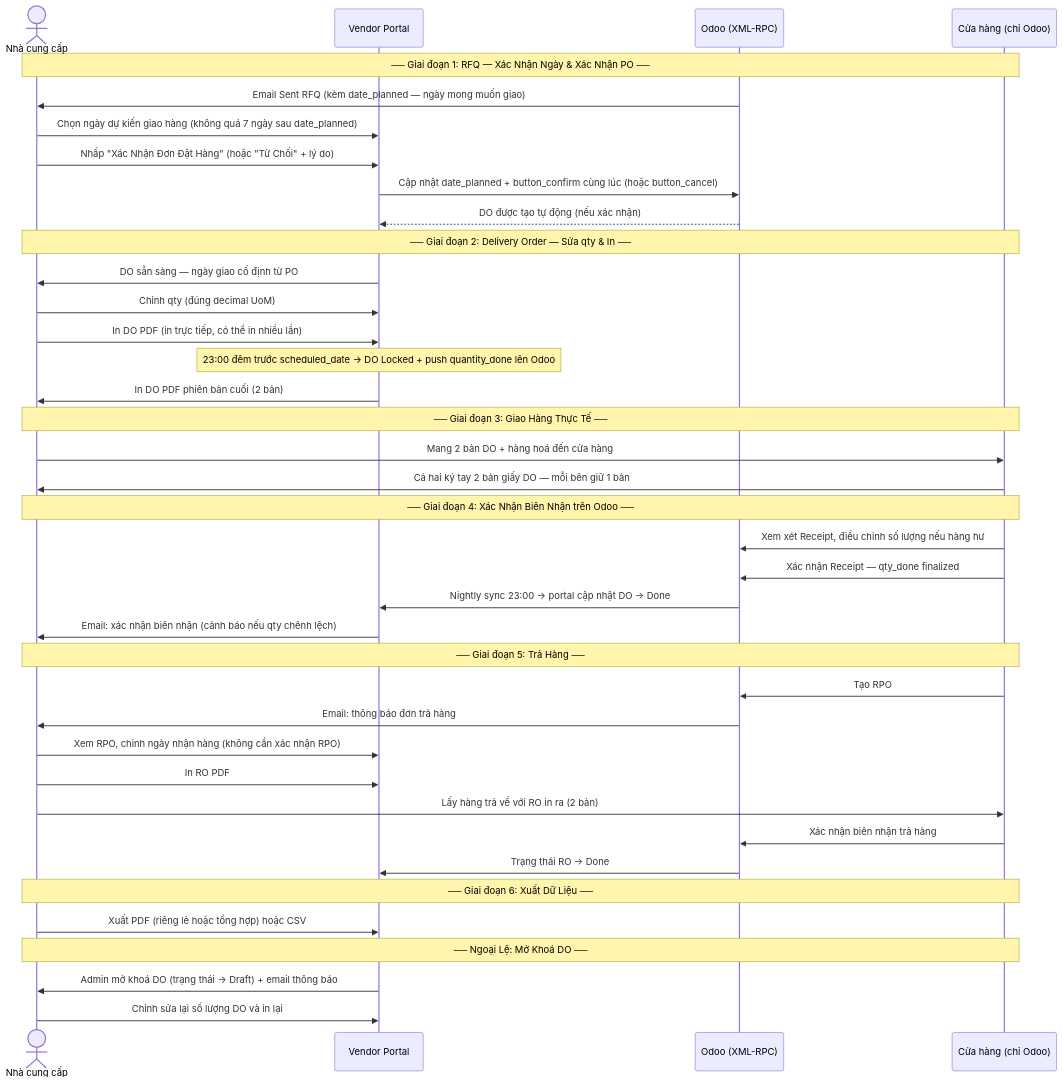
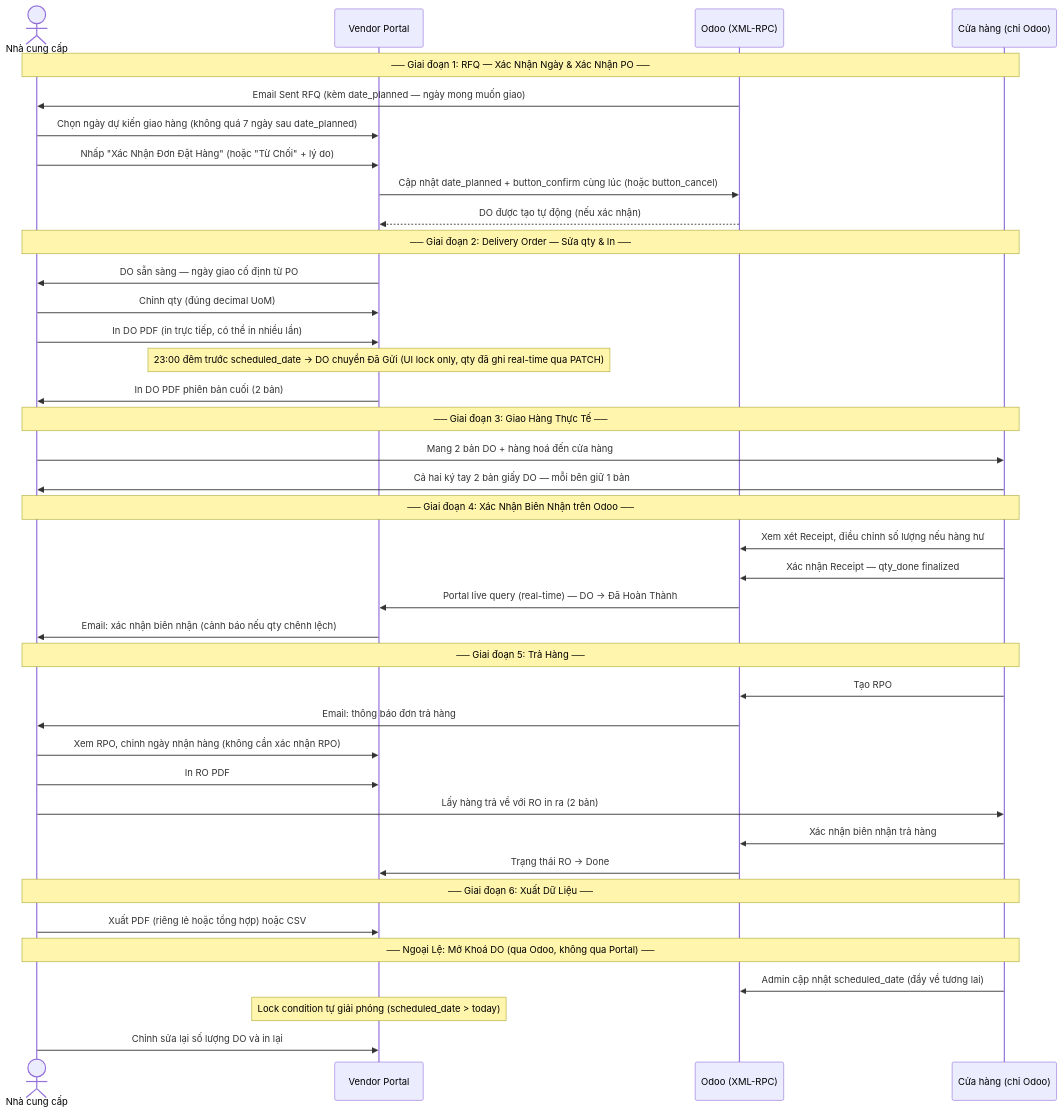
Before and after one commit to ngohuuduc/3S_vendor_portal: the third of 5 diagrams in PROCESS_FLOW.md, drawn with Mermaid. The commit also changed other lines of this file and 2 other files, not shown here.

First line of the commit message:
Dọn legacy DO-LIVE-001: bỏ push 23:00, nightly sync, admin unlock; chuẩn hoá label DO/RO song ngữ

````diff
--- a/PROCESS_FLOW.md
+++ b/PROCESS_FLOW.md
@@ -118,47 +118,48 @@
 ```mermaid
 sequenceDiagram
     actor Vendor as Nhà cung cấp
     participant Portal as Vendor Portal
     participant Odoo as Odoo (XML-RPC)
     participant Store as Cửa hàng (chỉ Odoo)
 
     Note over Vendor,Store: ── Giai đoạn 1: RFQ — Xác Nhận Ngày & Xác Nhận PO ──
     Odoo->>Vendor: Email Sent RFQ (kèm date_planned — ngày mong muốn giao)
     Vendor->>Portal: Chọn ngày dự kiến giao hàng (không quá 7 ngày sau date_planned)
     Vendor->>Portal: Nhấp "Xác Nhận Đơn Đặt Hàng" (hoặc "Từ Chối" + lý do)
     Portal->>Odoo: Cập nhật date_planned + button_confirm cùng lúc (hoặc button_cancel)
     Odoo-->>Portal: DO được tạo tự động (nếu xác nhận)
 
     Note over Vendor,Store: ── Giai đoạn 2: Delivery Order — Sửa qty & In ──
     Portal->>Vendor: DO sẵn sàng — ngày giao cố định từ PO
     Vendor->>Portal: Chỉnh qty (đúng decimal UoM)
     Vendor->>Portal: In DO PDF (in trực tiếp, có thể in nhiều lần)
-    Note over Portal: 23:00 đêm trước scheduled_date → DO Locked + push quantity_done lên Odoo
+    Note over Portal: 23:00 đêm trước scheduled_date → DO chuyển Đã Gửi (UI lock only, qty đã ghi real-time qua PATCH)
     Portal->>Vendor: In DO PDF phiên bản cuối (2 bản)
 
     Note over Vendor,Store: ── Giai đoạn 3: Giao Hàng Thực Tế ──
     Vendor->>Store: Mang 2 bản DO + hàng hoá đến cửa hàng
     Store->>Vendor: Cả hai ký tay 2 bản giấy DO — mỗi bên giữ 1 bản
 
     Note over Vendor,Store: ── Giai đoạn 4: Xác Nhận Biên Nhận trên Odoo ──
     Store->>Odoo: Xem xét Receipt, điều chỉnh số lượng nếu hàng hư
     Store->>Odoo: Xác nhận Receipt — qty_done finalized
-    Odoo->>Portal: Nightly sync 23:00 → portal cập nhật DO → Done
+    Odoo->>Portal: Portal live query (real-time) — DO → Đã Hoàn Thành
     Portal->>Vendor: Email: xác nhận biên nhận (cảnh báo nếu qty chênh lệch)
 
     Note over Vendor,Store: ── Giai đoạn 5: Trả Hàng ──
     Store->>Odoo: Tạo RPO
     Odoo->>Vendor: Email: thông báo đơn trả hàng
     Vendor->>Portal: Xem RPO, chỉnh ngày nhận hàng (không cần xác nhận RPO)
     Vendor->>Portal: In RO PDF
     Vendor->>Store: Lấy hàng trả về với RO in ra (2 bản)
     Store->>Odoo: Xác nhận biên nhận trả hàng
     Odoo->>Portal: Trạng thái RO -> Done
 
     Note over Vendor,Store: ── Giai đoạn 6: Xuất Dữ Liệu ──
     Vendor->>Portal: Xuất PDF (riêng lẻ hoặc tổng hợp) hoặc CSV
 
-    Note over Vendor,Store: ── Ngoại Lệ: Mở Khoá DO ──
-    Portal->>Vendor: Admin mở khoá DO (trạng thái -> Draft) + email thông báo
+    Note over Vendor,Store: ── Ngoại Lệ: Mở Khoá DO (qua Odoo, không qua Portal) ──
+    Store->>Odoo: Admin cập nhật scheduled_date (đẩy về tương lai)
+    Note over Portal: Lock condition tự giải phóng (scheduled_date > today)
     Vendor->>Portal: Chỉnh sửa lại số lượng DO và in lại
 ```
````
